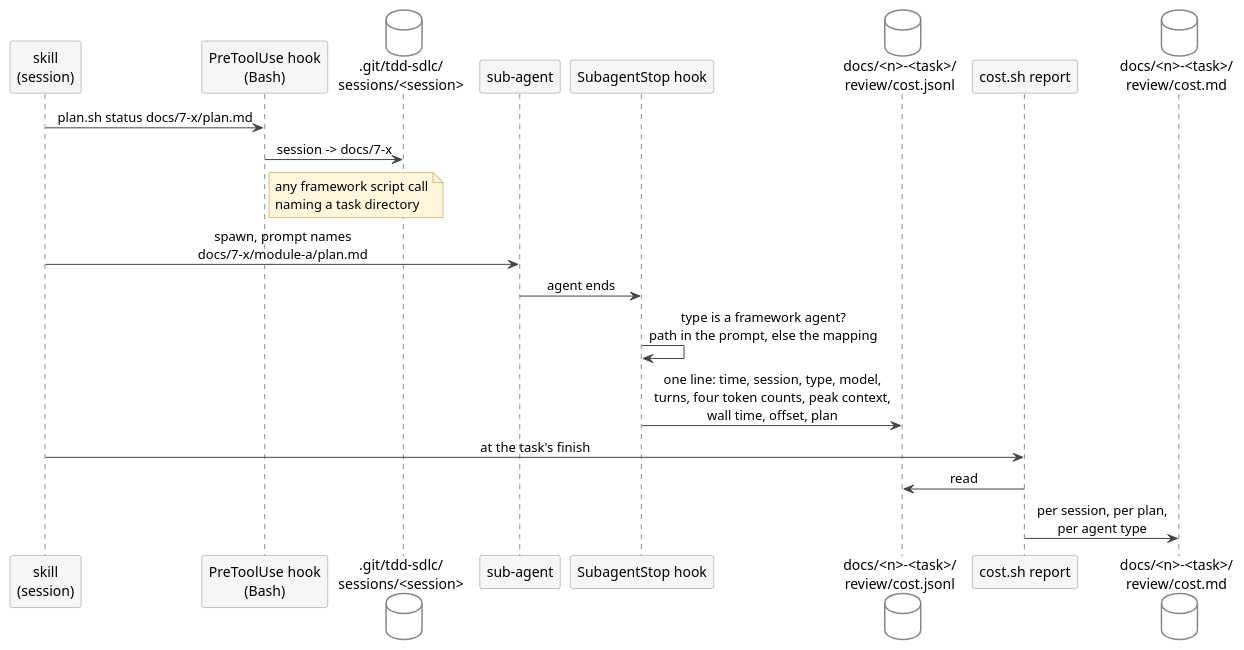
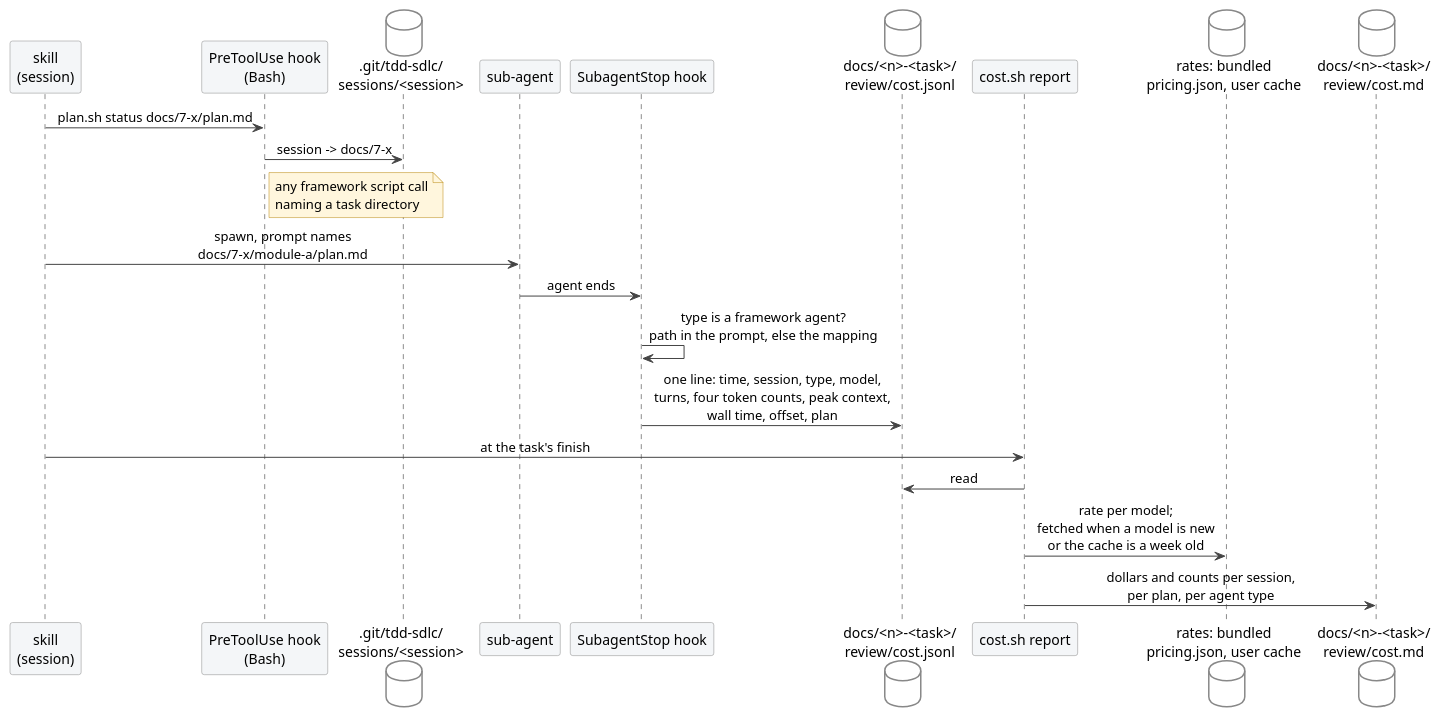
The diagram in docs/diagrams/cost-flow.puml (ds-usova/tdd-sdlc), drawn with PlantUML before and after one commit. The commit also changed 11 other files, not shown here.

First line of the commit message:
Report what a run would cost in dollars, and the four token counts apart

```diff
--- a/docs/diagrams/cost-flow.puml
+++ b/docs/diagrams/cost-flow.puml
@@ -1,41 +1,43 @@
 @startuml cost-flow
 skinparam defaultFontName Helvetica
 skinparam shadowing false
 skinparam ArrowColor #444
 skinparam sequenceMessageAlign center
 skinparam participant {
   BackgroundColor #F4F6F8
   BorderColor #888
 }
 skinparam database {
   BackgroundColor #FFFFFF
   BorderColor #888
 }
 skinparam note {
   BackgroundColor #FFF6DD
   BorderColor #B8860B
 }
 
 participant "skill\n(session)" as S
 participant "PreToolUse hook\n(Bash)" as PRE
 database ".git/tdd-sdlc/\nsessions/<session>" as MAP
 participant "sub-agent" as A
 participant "SubagentStop hook" as STOP
 database "docs/<n>-<task>/\nreview/cost.jsonl" as JSONL
 participant "cost.sh report" as REP
+database "rates: bundled\npricing.json, user cache" as RATES
 database "docs/<n>-<task>/\nreview/cost.md" as MD
 
 S -> PRE : plan.sh status docs/7-x/plan.md
 PRE -> MAP : session -> docs/7-x
 note right of PRE
   any framework script call
   naming a task directory
 end note
 S -> A : spawn, prompt names\ndocs/7-x/module-a/plan.md
 A -> STOP : agent ends
 STOP -> STOP : type is a framework agent?\npath in the prompt, else the mapping
 STOP -> JSONL : one line: time, session, type, model,\nturns, four token counts, peak context,\nwall time, offset, plan
 S -> REP : at the task's finish
 REP -> JSONL : read
-REP -> MD : per session, per plan,\nper agent type
+REP -> RATES : rate per model;\nfetched when a model is new\nor the cache is a week old
+REP -> MD : dollars and counts per session,\nper plan, per agent type
 @enduml
```
